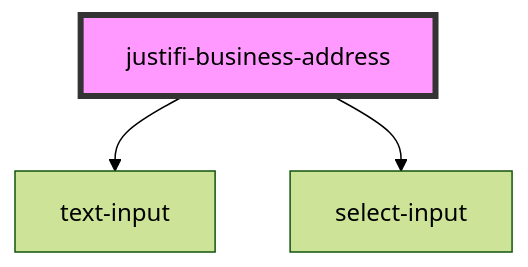
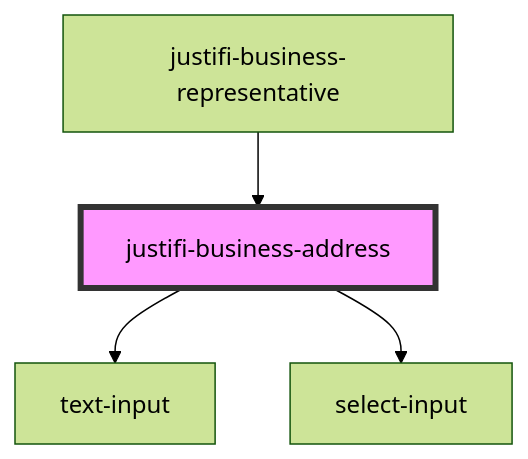
The diagram in stencil-library/src/components/business-info/business-address/readme.md (justifi-tech/web-component-library), drawn with Mermaid (forest theme) before and after one commit. The commit also changed other lines of this file and 13 other files, not shown here.

````diff
--- a/stencil-library/src/components/business-info/business-address/readme.md
+++ b/stencil-library/src/components/business-info/business-address/readme.md
@@ -29,6 +33,7 @@
 ```mermaid
 graph TD;
   justifi-business-address --> text-input
   justifi-business-address --> select-input
+  justifi-business-representative --> justifi-business-address
   style justifi-business-address fill:#f9f,stroke:#333,stroke-width:4px
 ```
````
